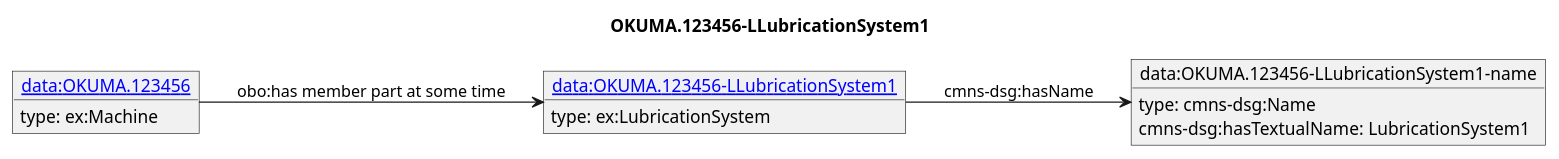
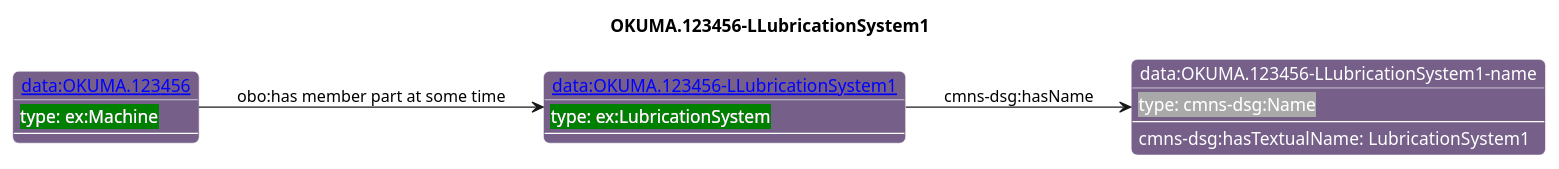
Before and after one commit to iofoundry/example-syseng-mtconnect: the diagram in diagrams/OKUMA.123456-LLubricationSystem1.puml, drawn with PlantUML. The commit also changed 144 other files, not shown here.

```diff
--- a/diagrams/OKUMA.123456-LLubricationSystem1.puml
+++ b/diagrams/OKUMA.123456-LLubricationSystem1.puml
@@ -1,17 +1,37 @@
 @startuml
 skinparam linetype polyline
 left to right direction
 title OKUMA.123456-LLubricationSystem1
-object "[[./OKUMA.123456-LLubricationSystem1.html data:OKUMA.123456-LLubricationSystem1]]" as o1 {
- type: ex:LubricationSystem 
+
+skinparam roundCorner 10
+
+skinparam object {
+  BackgroundColor 76608A
+  fontColor White
+  BorderColor White 
+  FontName Helvetica   
 }
-object "data:OKUMA.123456-LLubricationSystem1-name" as o2 {
- type: cmns-dsg:Name 
+
+skinparam class{
+   BackgroundColor White
+   fontColor black
+   FontStyle bold
+   FontName Helvetica
 }
-object "[[./OKUMA.123456.html data:OKUMA.123456]]" as o3 {
- type: ex:Machine 
-}
+
+object "[[./OKUMA.123456-LLubricationSystem1.html data:OKUMA.123456-LLubricationSystem1]]" as o1 #76608A {
+ <back:#Green>type: ex:LubricationSystem</back> 
+---
+ }
+object "data:OKUMA.123456-LLubricationSystem1-name" as o2 #76608A {
+ <back:#DarkGrey>type: cmns-dsg:Name</back> 
+---
+ }
+object "[[./OKUMA.123456.html data:OKUMA.123456]]" as o3 #76608A {
+ <back:#Green>type: ex:Machine</back> 
+---
+ }
 o1 --> o2 : cmns-dsg:hasName
 o2 : cmns-dsg:hasTextualName: LubricationSystem1
 o3 --> o1 : obo:has member part at some time
 @enduml
```
